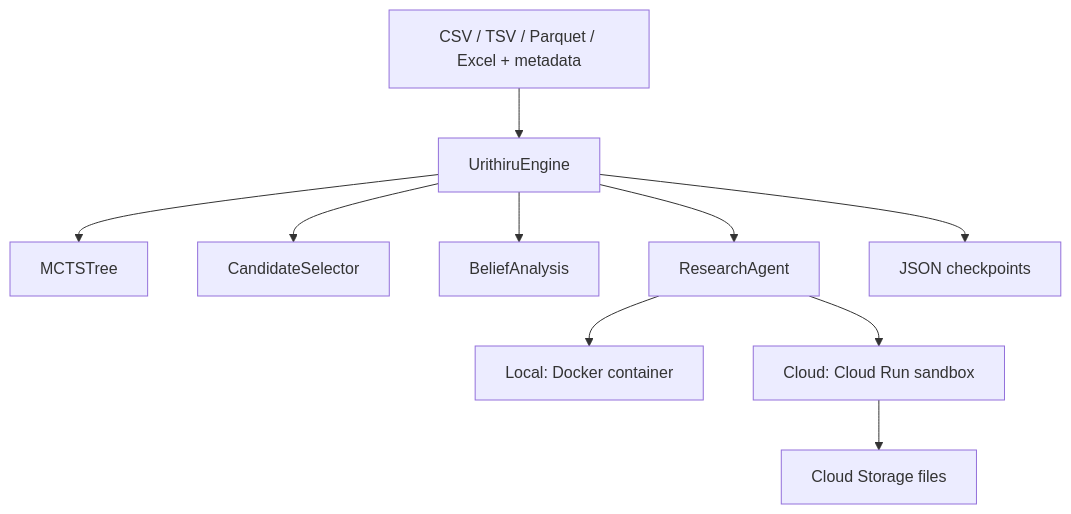
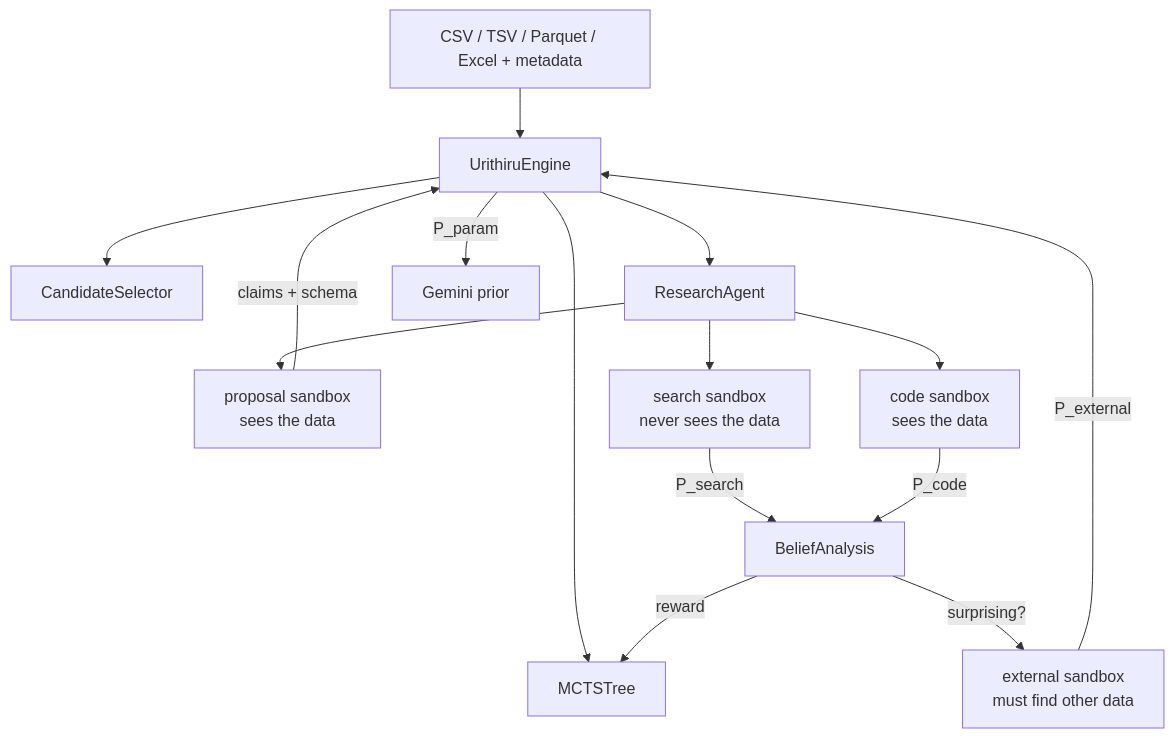
The diagram in docs/architecture.md (eamag/urithiru), drawn with Mermaid before and after one commit. The commit also changed other lines of this file and 52 other files, not shown here.

````diff
--- a/docs/architecture.md
+++ b/docs/architecture.md
@@ -3,12 +6,17 @@
 ```mermaid
 flowchart TD
-    CLI[CSV / TSV / Parquet / Excel + metadata] --> Engine[UrithiruEngine]
+    Data[CSV / TSV / Parquet / Excel + metadata] --> Engine[UrithiruEngine]
     Engine --> Tree[MCTSTree]
-    Engine --> Candidates[CandidateSelector]
-    Engine --> Beliefs[BeliefAnalysis]
+    Engine --> Selector[CandidateSelector]
     Engine --> Agent[ResearchAgent]
-    Agent --> Docker[Local: Docker container]
-    Agent --> Google[Cloud: Cloud Run sandbox]
-    Engine --> Checkpoint[JSON checkpoints]
-    Google --> GCS[Cloud Storage files]
+    Agent --> Proposal["proposal sandbox<br/>sees the data"]
+    Proposal -->|claims + schema| Engine
+    Engine -->|P_param| Prior[Gemini prior]
+    Agent --> Search["search sandbox<br/>never sees the data"]
+    Agent --> Code["code sandbox<br/>sees the data"]
+    Search -->|P_search| Analysis[BeliefAnalysis]
+    Code -->|P_code| Analysis
+    Analysis -->|surprising?| External["external sandbox<br/>must find other data"]
+    External -->|P_external| Engine
+    Analysis -->|reward| Tree
 ```
````
